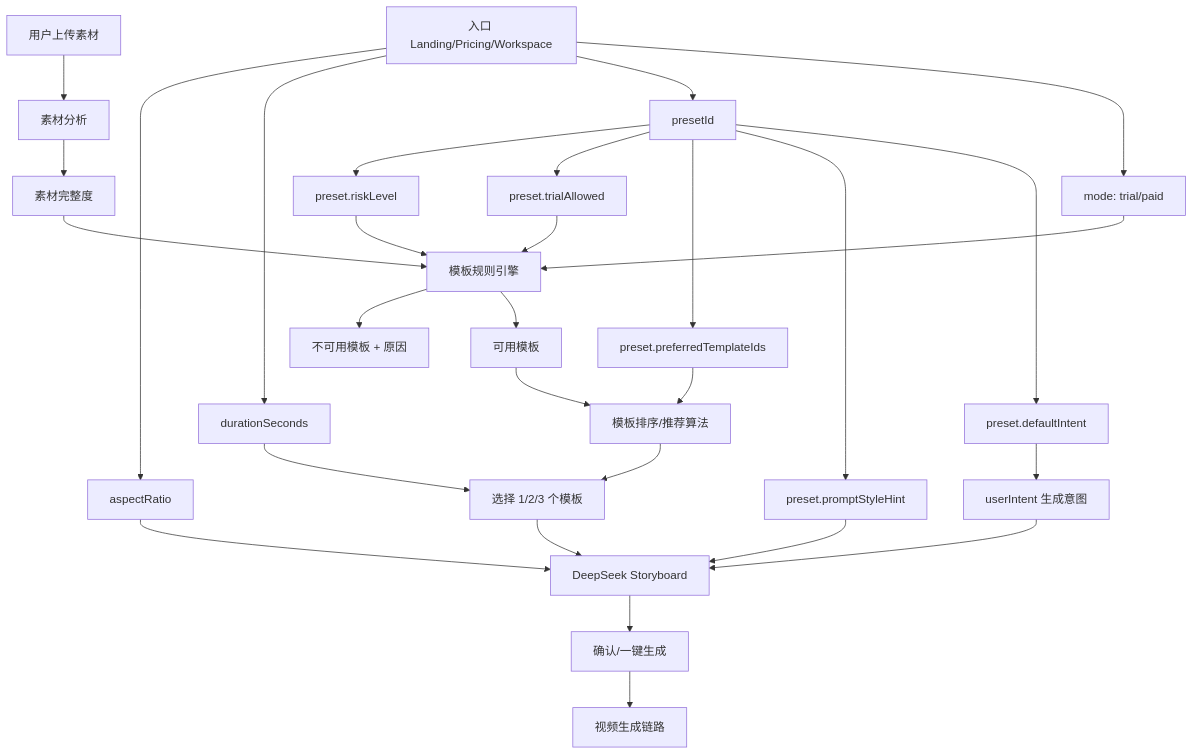
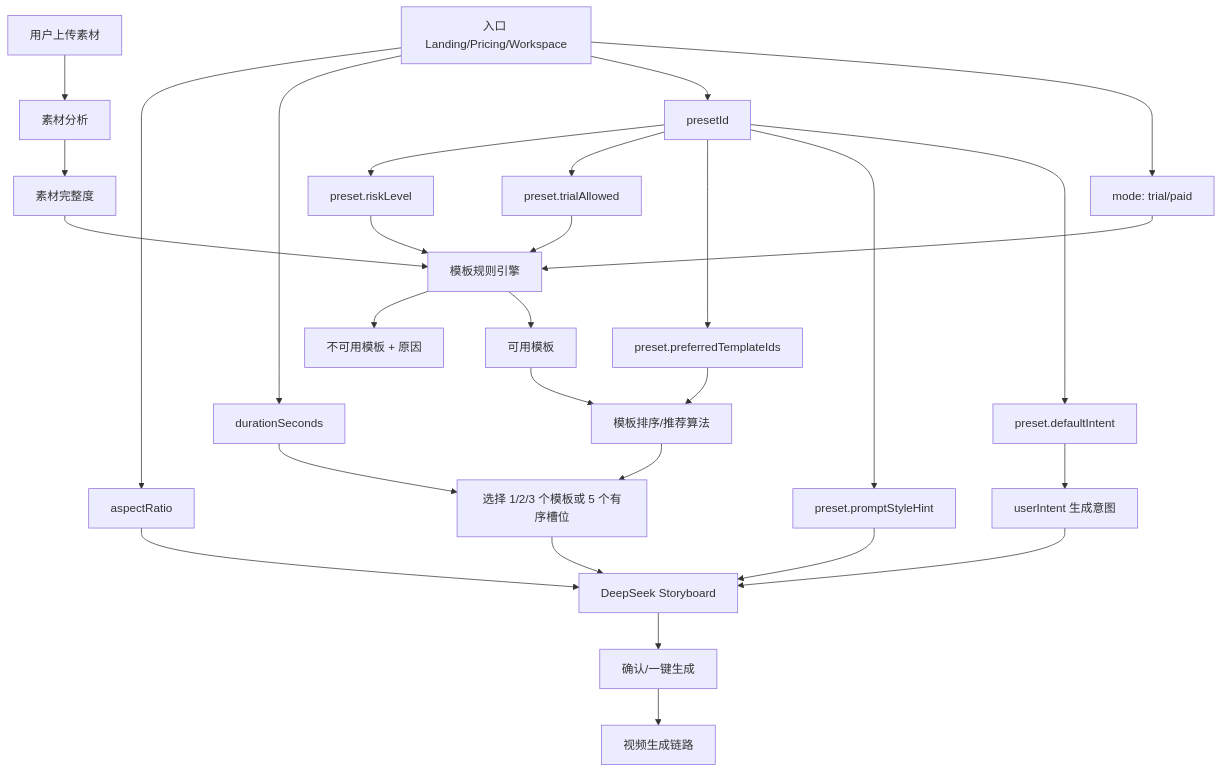
The diagram in docs/STYLE_PRESET_DESIGN.md (Hamer-2014/A_AIClothesVideo), drawn with Mermaid before and after one commit. The commit also changed other lines of this file and 170 other files, not shown here.

````diff
--- a/docs/STYLE_PRESET_DESIGN.md
+++ b/docs/STYLE_PRESET_DESIGN.md
@@ -133,38 +139,38 @@
 ```mermaid
 flowchart TD
   Entry[入口 Landing/Pricing/Workspace] --> Mode[mode: trial/paid]
   Entry --> Preset[presetId]
   Entry --> Duration[durationSeconds]
   Entry --> Ratio[aspectRatio]
 
   Preset --> DefaultIntent[preset.defaultIntent]
   Preset --> StyleHint[preset.promptStyleHint]
   Preset --> Preferred[preset.preferredTemplateIds]
   Preset --> TrialPolicy[preset.trialAllowed]
   Preset --> RiskPolicy[preset.riskLevel]
 
   DefaultIntent --> UserIntent[userIntent 生成意图]
   StyleHint --> Storyboard[DeepSeek Storyboard]
   UserIntent --> Storyboard
   Ratio --> Storyboard
 
   Assets[用户上传素材] --> Analysis[素材分析]
   Analysis --> Completeness[素材完整度]
 
   Completeness --> TemplateRules[模板规则引擎]
   Mode --> TemplateRules
   TrialPolicy --> TemplateRules
   RiskPolicy --> TemplateRules
 
   TemplateRules --> Available[可用模板]
   TemplateRules --> Unavailable[不可用模板 + 原因]
 
   Preferred --> Ranking[模板排序/推荐算法]
   Available --> Ranking
-  Duration --> AutoSelect[选择 1/2/3 个模板]
+  Duration --> AutoSelect[选择 1/2/3 个模板或 5 个有序槽位]
   Ranking --> AutoSelect
 
   AutoSelect --> Storyboard
   Storyboard --> Confirm[确认/一键生成]
   Confirm --> Generation[视频生成链路]
 ```
````
